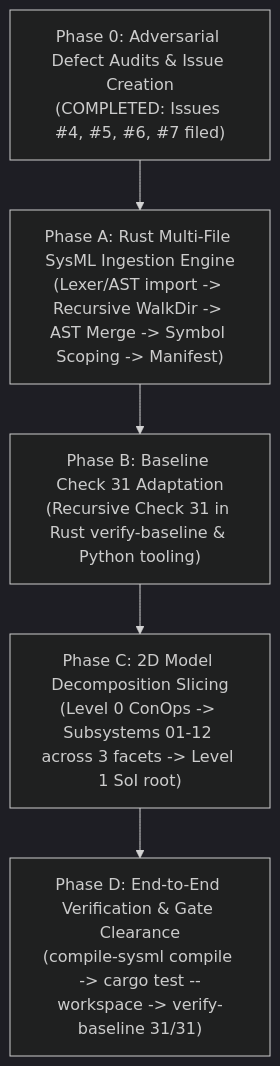
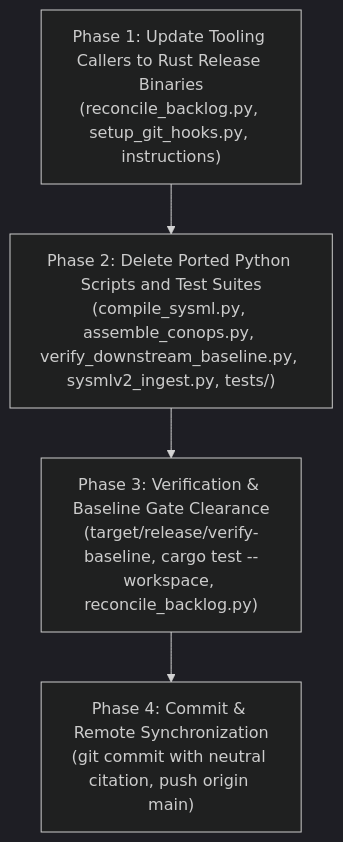
The diagram in implementation_plan.md (gintatkinson/dumpiler-01), drawn with Mermaid (dark theme) before and after one commit. The commit also changed other lines of this file and 15 other files, not shown here.

Commit message:
refactor(tooling): delete ported python scripts and standardize on native rust toolchain

````diff
--- a/implementation_plan.md
+++ b/implementation_plan.md
@@ -62,7 +28,11 @@
 ```mermaid
 flowchart TD
-    P0["Phase 0: Adversarial Defect Audits & Issue Creation<br/>(COMPLETED: Issues #4, #5, #6, #7 filed)"] --> PA["Phase A: Rust Multi-File SysML Ingestion Engine<br/>(Lexer/AST import -> Recursive WalkDir -> AST Merge -> Symbol Scoping -> Manifest)"]
-    PA --> PB["Phase B: Baseline Check 31 Adaptation<br/>(Recursive Check 31 in Rust verify-baseline & Python tooling)"]
-    PB --> PC["Phase C: 2D Model Decomposition Slicing<br/>(Level 0 ConOps -> Subsystems 01-12 across 3 facets -> Level 1 SoI root)"]
-    PC --> PD["Phase D: End-to-End Verification & Gate Clearance<br/>(compile-sysml compile -> cargo test --workspace -> verify-baseline 31/31)"]
+    P1["Phase 1: Update Tooling Callers to Rust Release Binaries<br/>(reconcile_backlog.py, setup_git_hooks.py, instructions)"]
+    P2["Phase 2: Delete Ported Python Scripts and Test Suites<br/>(compile_sysml.py, assemble_conops.py, verify_downstream_baseline.py, sysmlv2_ingest.py, tests/)"]
+    P3["Phase 3: Verification & Baseline Gate Clearance<br/>(target/release/verify-baseline, cargo test --workspace, reconcile_backlog.py)"]
+    P4["Phase 4: Commit & Remote Synchronization<br/>(git commit with neutral citation, push origin main)"]
+
+    P1 --> P2
+    P2 --> P3
+    P3 --> P4
 ```
````
